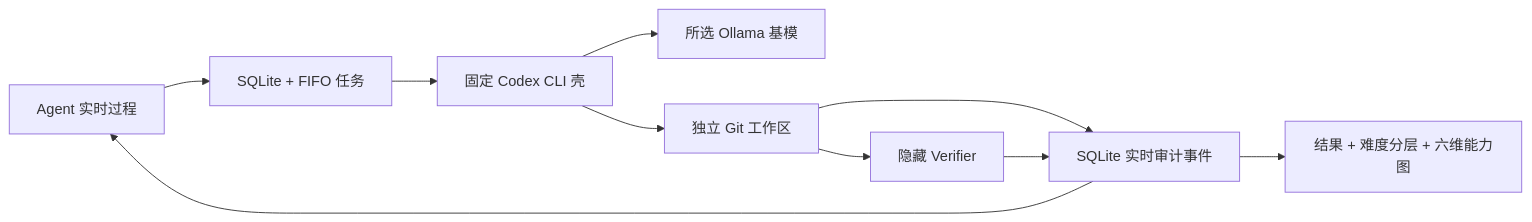
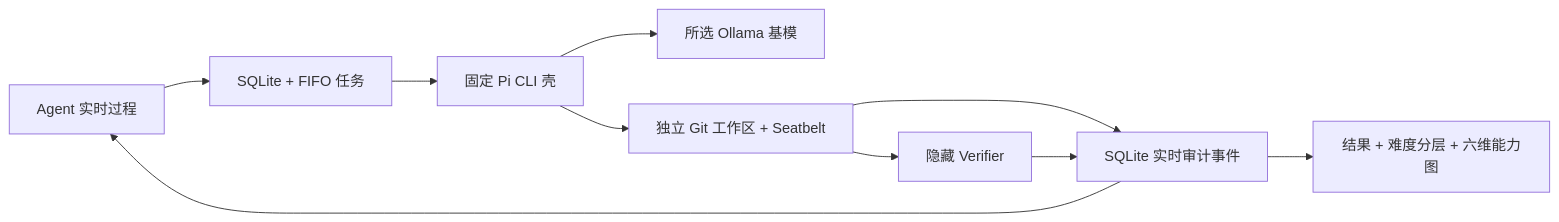
Before and after one commit to NEDONION/evalhub: the diagram in docs/getting-started/20260804_本地运行指南.md, drawn with Mermaid. The commit also changed other lines of this file and 27 other files, not shown here.

````diff
--- a/docs/getting-started/20260804_本地运行指南.md
+++ b/docs/getting-started/20260804_本地运行指南.md
@@ -136,12 +139,12 @@
 ```mermaid
 flowchart LR
     UI["Agent 评测表单"] --> Queue["SQLite + FIFO 任务"]
-    Queue --> Codex["固定 Codex CLI 壳"]
-    Codex --> Ollama["所选 Ollama 基模"]
-    Codex --> Workspace["独立 Git 工作区"]
+    Queue --> Pi["固定 Pi CLI 壳"]
+    Pi --> Ollama["所选 Ollama 基模"]
+    Pi --> Workspace["独立 Git 工作区 + Seatbelt"]
     Workspace --> Trace["SQLite 实时审计事件"]
     Trace --> UI["Agent 实时过程"]
     Workspace --> Verify["隐藏 Verifier"]
     Verify --> Trace
     Trace --> Report["结果 + 难度分层 + 六维能力图"]
 ```
````
